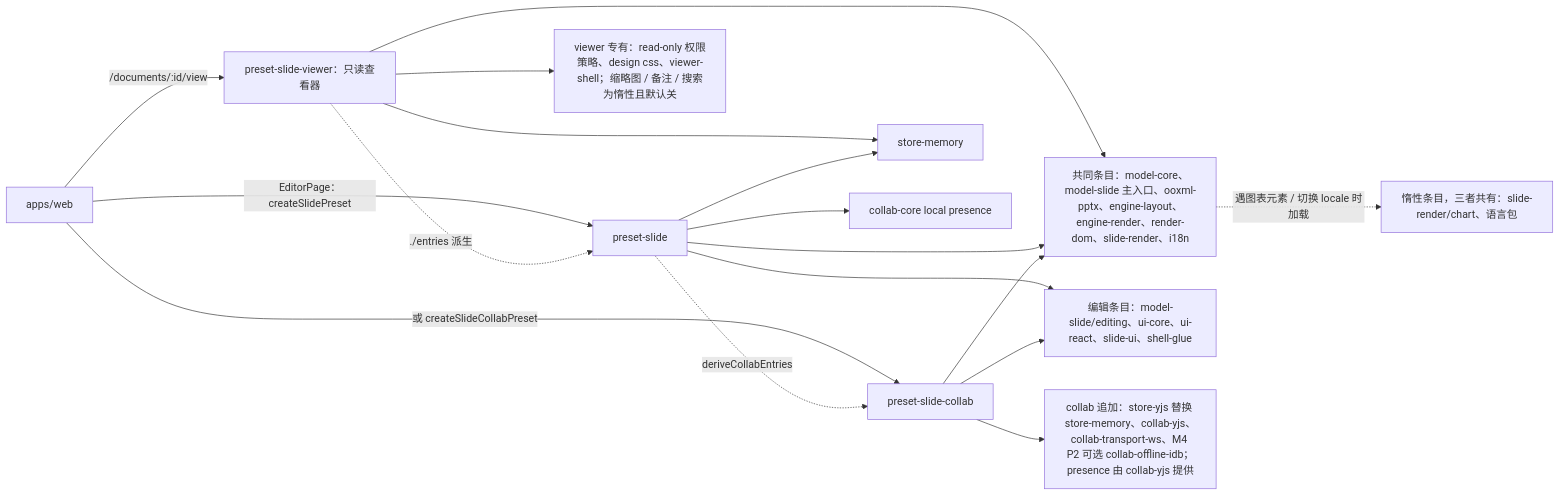
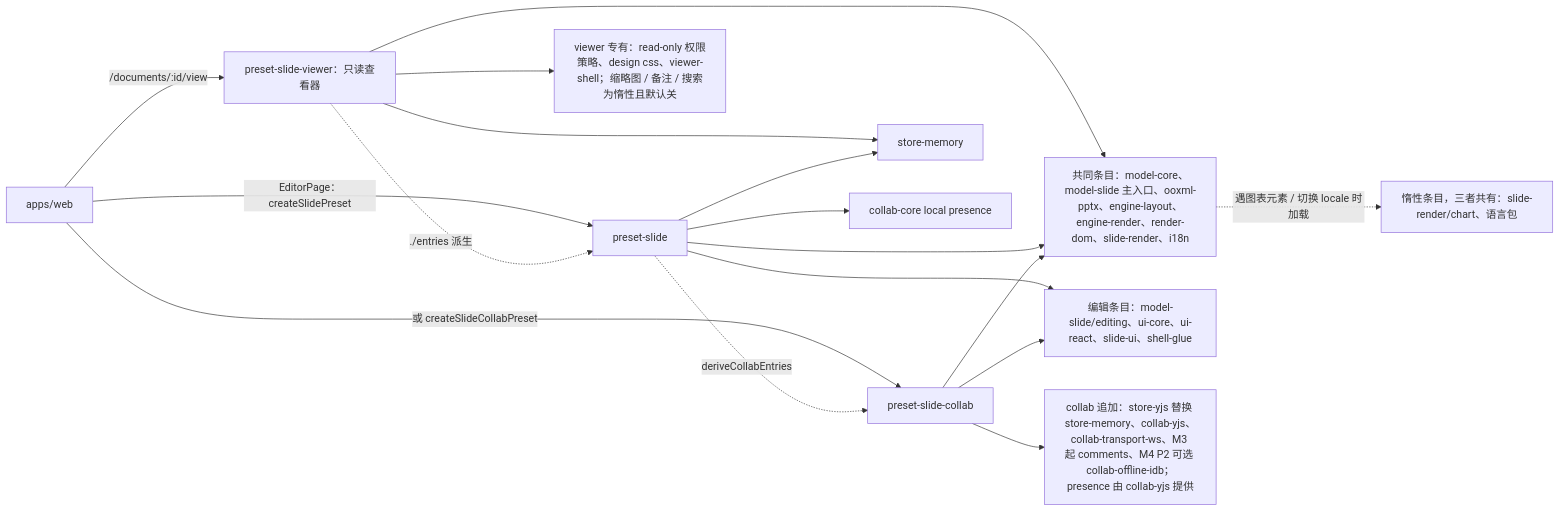
Before and after one commit to Xeonice/cordis-ppt-editor: the fifth of 9 diagrams in docs/30-architecture/02-layering-and-packages.md, drawn with Mermaid. The commit also changed other lines of this file and 79 other files, not shown here.

````diff
--- a/docs/30-architecture/02-layering-and-packages.md
+++ b/docs/30-architecture/02-layering-and-packages.md
@@ -1174,30 +1163,30 @@
 ```mermaid
 flowchart LR
   web["apps/web"]
   viewer["preset-slide-viewer：只读查看器"]
   slide["preset-slide"]
   collab["preset-slide-collab"]
   common["共同条目：model-core、model-slide 主入口、ooxml-pptx、engine-layout、engine-render、render-dom、slide-render、i18n"]
   storeMem["store-memory"]
   viewerOnly["viewer 专有：read-only 权限策略、design css、viewer-shell；缩略图 / 备注 / 搜索为惰性且默认关"]
   lazy["惰性条目，三者共有：slide-render/chart、语言包"]
   editing["编辑条目：model-slide/editing、ui-core、ui-react、slide-ui、shell-glue"]
   presence["collab-core local presence"]
-  collabAdd["collab 追加：store-yjs 替换 store-memory、collab-yjs、collab-transport-ws、M4 P2 可选 collab-offline-idb；presence 由 collab-yjs 提供"]
+  collabAdd["collab 追加：store-yjs 替换 store-memory、collab-yjs、collab-transport-ws、M3 起 comments、M4 P2 可选 collab-offline-idb；presence 由 collab-yjs 提供"]
   web -- "/documents/:id/view" --> viewer
   web -- "EditorPage：createSlidePreset" --> slide
   web -- "或 createSlideCollabPreset" --> collab
   viewer -. "./entries 派生" .-> slide
   slide -. "deriveCollabEntries" .-> collab
   viewer --> common
   viewer --> storeMem
   viewer --> viewerOnly
   slide --> common
   slide --> storeMem
   slide --> editing
   slide --> presence
   collab --> common
   collab --> editing
   collab --> collabAdd
   common -. "遇图表元素 / 切换 locale 时加载" .-> lazy
 ```
````
